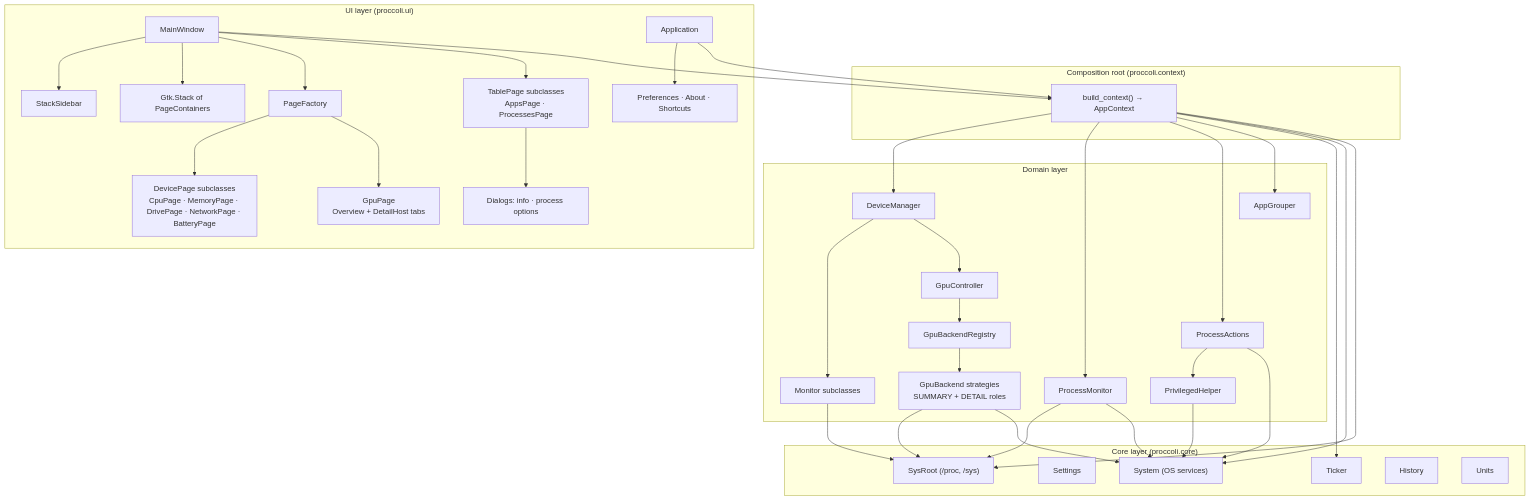
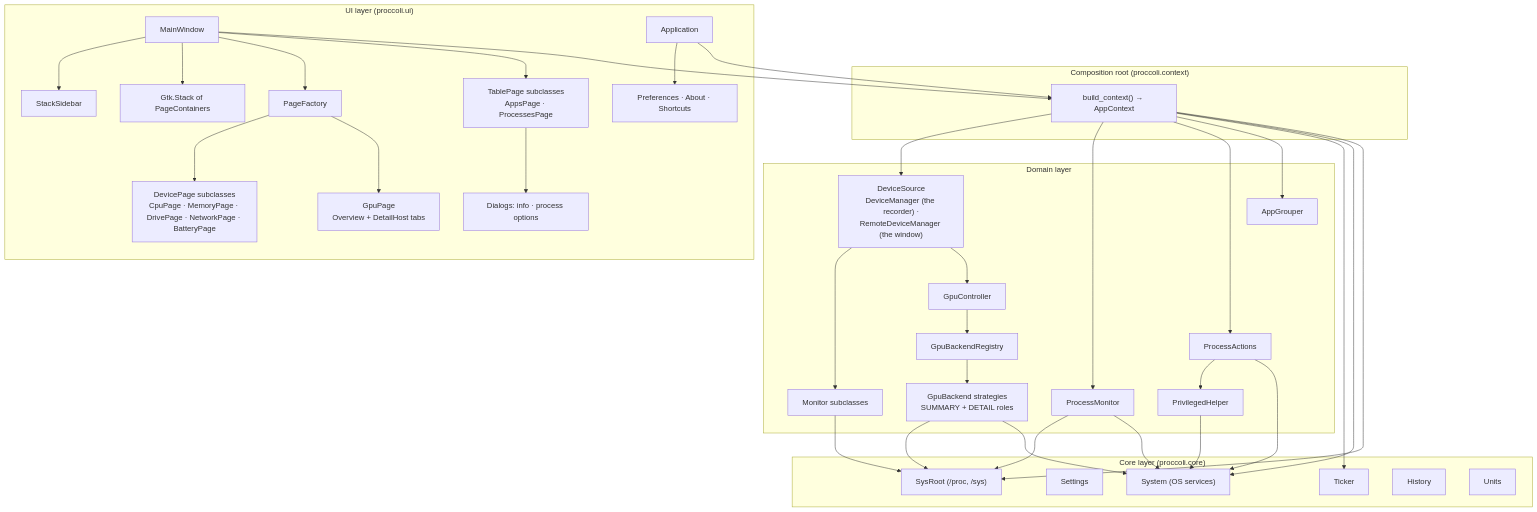
Before and after one commit to mamadingleberry/proccoli: the first of 2 diagrams in docs/design/04-architecture-overview.md, drawn with Mermaid. The commit also changed other lines of this file and 417 other files, not shown here.

````diff
--- a/docs/design/04-architecture-overview.md
+++ b/docs/design/04-architecture-overview.md
@@ -3,37 +3,37 @@
 ```mermaid
 flowchart TB
     subgraph Root["Composition root (proccoli.context)"]
         Ctx["build_context() → AppContext"]
     end
     subgraph UI["UI layer (proccoli.ui)"]
         Window[MainWindow] --> Sidebar[StackSidebar]
         Window --> Stack["Gtk.Stack of PageContainers"]
         Window --> Factory[PageFactory]
         Factory --> DevicePages["DevicePage subclasses<br/>CpuPage · MemoryPage · DrivePage · NetworkPage · BatteryPage"]
         Factory --> GpuPages["GpuPage<br/>Overview + DetailHost tabs"]
         Window --> Tables["TablePage subclasses<br/>AppsPage · ProcessesPage"]
         Tables --> Dialogs["Dialogs: info · process options"]
         App[Application] --> Prefs["Preferences · About · Shortcuts"]
     end
     subgraph Domain["Domain layer"]
-        DM[DeviceManager] --> Monitors["Monitor subclasses"]
+        DM["DeviceSource<br/>DeviceManager (the recorder) ·<br/>RemoteDeviceManager (the window)"] --> Monitors["Monitor subclasses"]
         DM --> GpuCtl[GpuController]
         GpuCtl --> Registry[GpuBackendRegistry] --> Backends["GpuBackend strategies<br/>SUMMARY + DETAIL roles"]
         PM[ProcessMonitor]
         Actions[ProcessActions] --> Helper[PrivilegedHelper]
         Grouper[AppGrouper]
     end
     subgraph Core["Core layer (proccoli.core)"]
         Ticker
         Settings
         System["System (OS services)"]
         SysRoot["SysRoot (/proc, /sys)"]
         History
         Units
     end
     Ctx --> DM & PM & Actions & Grouper & Ticker & System & SysRoot
     App --> Ctx
     Window --> Ctx
     Monitors & Backends & PM --> SysRoot
     Backends & PM & Actions & Helper --> System
 ```
````
